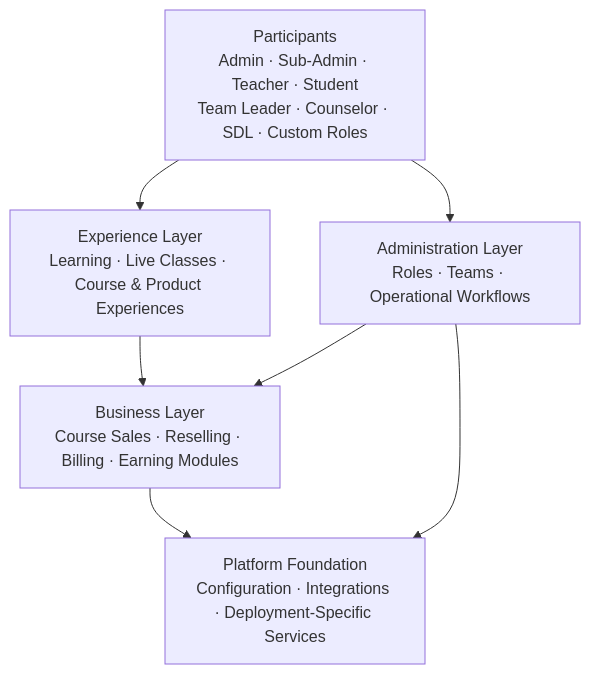
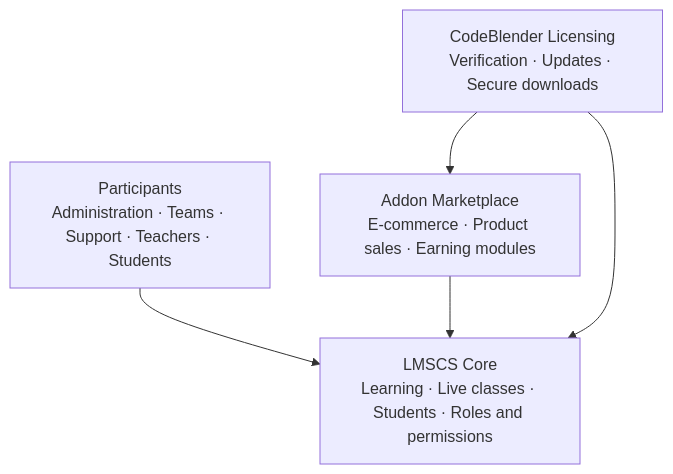
The diagram in profile/README.md (LMSCompleteSolution/.github), drawn with Mermaid before and after one commit. The commit also changed other lines of this file, not shown here.

````diff
--- a/profile/README.md
+++ b/profile/README.md
@@ -256,15 +111,12 @@
 ```mermaid
 flowchart TB
-    A["Participants<br/>Admin · Sub-Admin · Teacher · Student<br/>Team Leader · Counselor · SDL · Custom Roles"]
-    B["Experience Layer<br/>Learning · Live Classes · Course & Product Experiences"]
-    C["Business Layer<br/>Course Sales · Reselling · Billing · Earning Modules"]
-    D["Administration Layer<br/>Roles · Teams · Operational Workflows"]
-    E["Platform Foundation<br/>Configuration · Integrations · Deployment-Specific Services"]
+    P["Participants<br/>Administration · Teams · Support · Teachers · Students"]
+    C["LMSCS Core<br/>Learning · Live classes · Students · Roles and permissions"]
+    M["Addon Marketplace<br/>E-commerce · Product sales · Earning modules"]
+    L["CodeBlender Licensing<br/>Verification · Updates · Secure downloads"]
 
-    A --> B
-    B --> C
-    A --> D
-    D --> C
-    C --> E
-    D --> E
+    P --> C
+    M --> C
+    L --> C
+    L --> M
 ```
````
